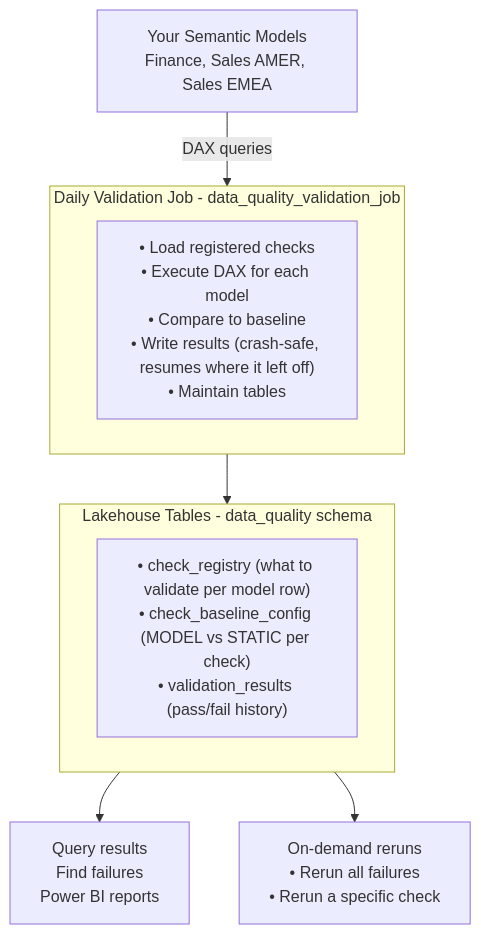
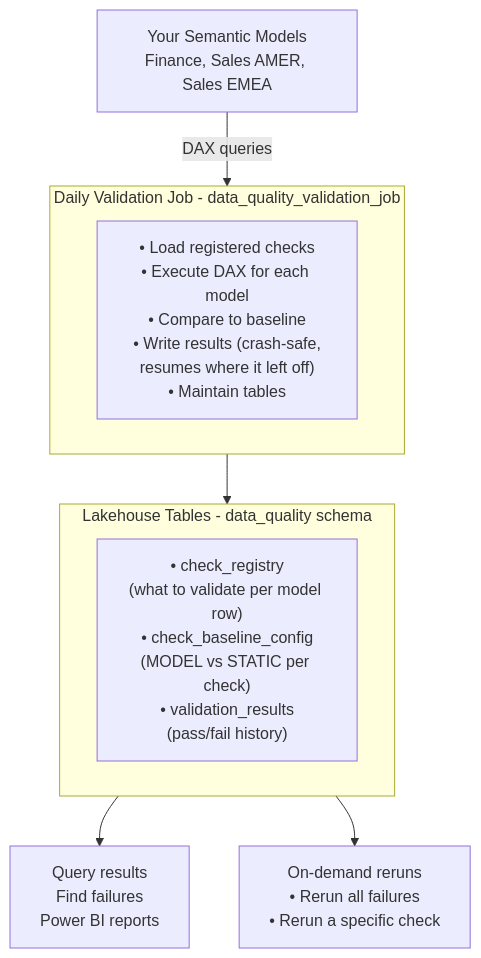
One commit to edwardpcharles/fabric-pbi-data-quality-notebook changed the first of 3 diagrams in README.md. Above: the diagram before and after it, drawn with Mermaid. The commit also changed other lines of this file, not shown here.

Commit message:
docs: improve text wrapping in Mermaid diagrams

````diff
--- a/README.md
+++ b/README.md
@@ -17,22 +17,22 @@
 ```mermaid
 flowchart TD
-    Models[Your Semantic Models<br>Finance, Sales AMER, Sales EMEA]
+    Models["Your Semantic Models<br>Finance, Sales AMER, Sales EMEA"]
     
     subgraph Job [Daily Validation Job - data_quality_validation_job]
-        J["• Load registered checks<br>• Execute DAX for each model<br>• Compare to baseline<br>• Write results (crash-safe, resumes where it left off)<br>• Maintain tables"]
+        J["• Load registered checks<br>• Execute DAX for each model<br>• Compare to baseline<br>• Write results (crash-safe,<br>resumes where it left off)<br>• Maintain tables"]
     end
     
     Models -- DAX queries --> Job
     
     subgraph Lakehouse [Lakehouse Tables - data_quality schema]
-        L["• check_registry (what to validate per model row)<br>• check_baseline_config (MODEL vs STATIC per check)<br>• validation_results (pass/fail history)"]
+        L["• check_registry<br>(what to validate per model row)<br>• check_baseline_config<br>(MODEL vs STATIC per check)<br>• validation_results<br>(pass/fail history)"]
     end
     
     Job --> Lakehouse
     
-    Reports[Query results<br>Find failures<br>Power BI reports]
-    Reruns[On-demand reruns<br>• Rerun all failures<br>• Rerun a specific check]
+    Reports["Query results<br>Find failures<br>Power BI reports"]
+    Reruns["On-demand reruns<br>• Rerun all failures<br>• Rerun a specific check"]
     
     Lakehouse --> Reports
     Lakehouse --> Reruns
 ```
````
